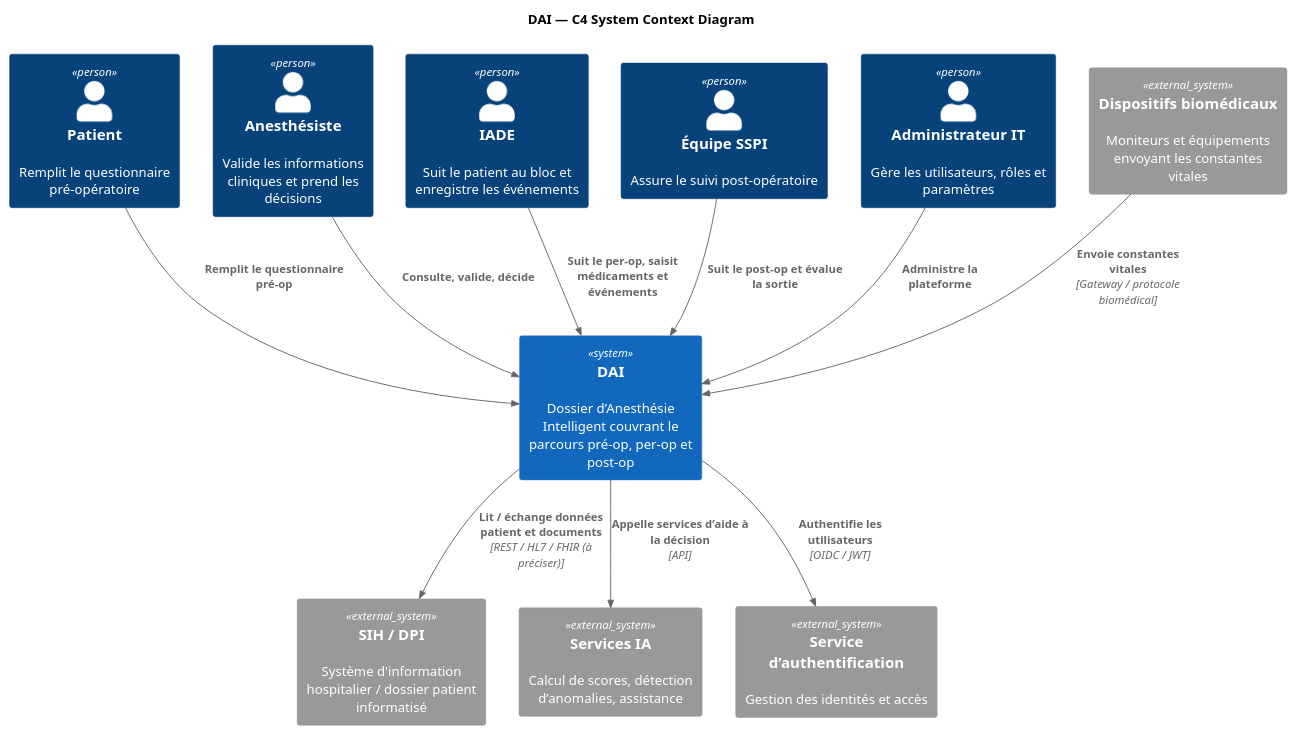
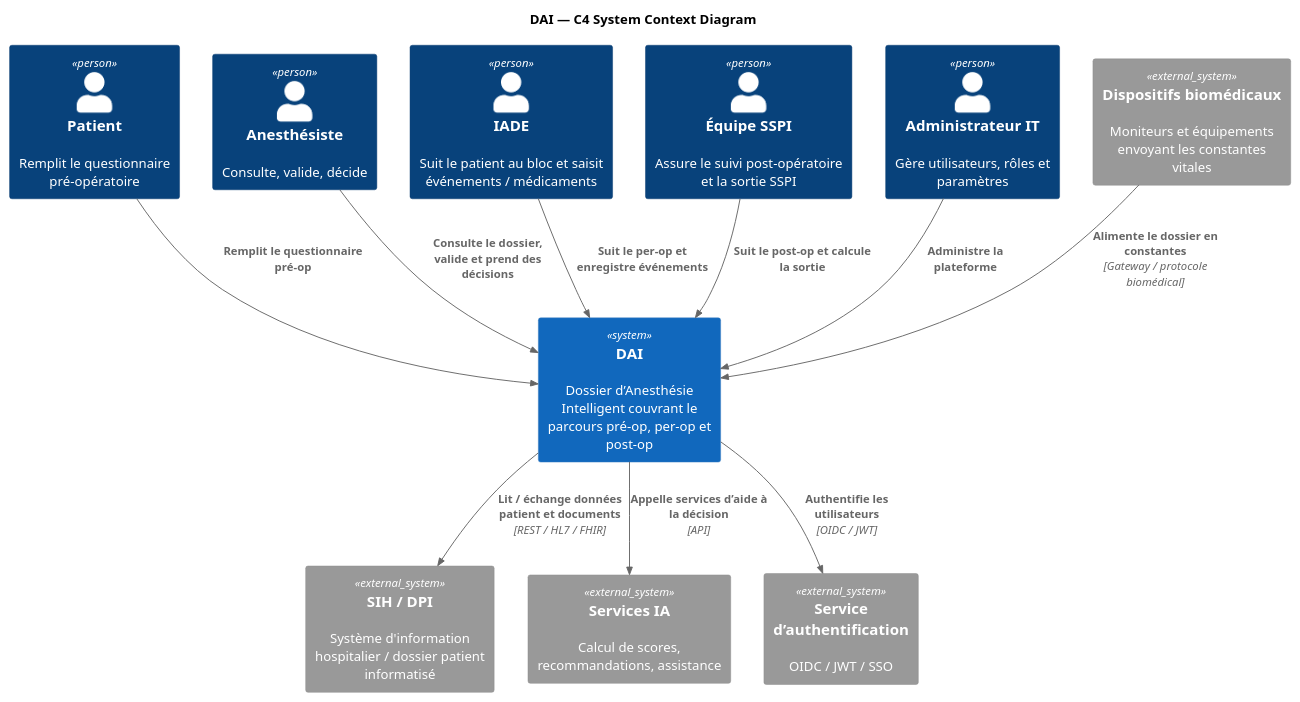
The diagram in diagrams/c4/system-context.puml (yasminebelhajmabrouk-ops/yasmine_DAI), drawn with PlantUML before and after one commit. The commit also changed 3 other files, not shown here.

Commit message:
docs(c4): update backend architecture diagrams and add c4 readme

```diff
--- a/diagrams/c4/system-context.puml
+++ b/diagrams/c4/system-context.puml
@@ -1,30 +1,30 @@
 @startuml
 !include https://raw.githubusercontent.com/plantuml-stdlib/C4-PlantUML/master/C4_Context.puml
 
 title DAI — C4 System Context Diagram
 
 Person(patient, "Patient", "Remplit le questionnaire pré-opératoire")
-Person(anesthesiste, "Anesthésiste", "Valide les informations cliniques et prend les décisions")
-Person(iade, "IADE", "Suit le patient au bloc et enregistre les événements")
-Person(sspi, "Équipe SSPI", "Assure le suivi post-opératoire")
-Person(admin, "Administrateur IT", "Gère les utilisateurs, rôles et paramètres")
+Person(anesthesiste, "Anesthésiste", "Consulte, valide, décide")
+Person(iade, "IADE", "Suit le patient au bloc et saisit événements / médicaments")
+Person(sspi, "Équipe SSPI", "Assure le suivi post-opératoire et la sortie SSPI")
+Person(admin, "Administrateur IT", "Gère utilisateurs, rôles et paramètres")
 
 System(dai, "DAI", "Dossier d’Anesthésie Intelligent couvrant le parcours pré-op, per-op et post-op")
 
 System_Ext(sih, "SIH / DPI", "Système d'information hospitalier / dossier patient informatisé")
 System_Ext(devices, "Dispositifs biomédicaux", "Moniteurs et équipements envoyant les constantes vitales")
-System_Ext(ai, "Services IA", "Calcul de scores, détection d’anomalies, assistance")
-System_Ext(auth, "Service d’authentification", "Gestion des identités et accès")
+System_Ext(ai, "Services IA", "Calcul de scores, recommandations, assistance")
+System_Ext(auth, "Service d’authentification", "OIDC / JWT / SSO")
 
 Rel(patient, dai, "Remplit le questionnaire pré-op")
-Rel(anesthesiste, dai, "Consulte, valide, décide")
-Rel(iade, dai, "Suit le per-op, saisit médicaments et événements")
-Rel(sspi, dai, "Suit le post-op et évalue la sortie")
+Rel(anesthesiste, dai, "Consulte le dossier, valide et prend des décisions")
+Rel(iade, dai, "Suit le per-op et enregistre événements")
+Rel(sspi, dai, "Suit le post-op et calcule la sortie")
 Rel(admin, dai, "Administre la plateforme")
 
-Rel(dai, sih, "Lit / échange données patient et documents", "REST / HL7 / FHIR (à préciser)")
-Rel(devices, dai, "Envoie constantes vitales", "Gateway / protocole biomédical")
+Rel(dai, sih, "Lit / échange données patient et documents", "REST / HL7 / FHIR")
+Rel(devices, dai, "Alimente le dossier en constantes", "Gateway / protocole biomédical")
 Rel(dai, ai, "Appelle services d’aide à la décision", "API")
 Rel(dai, auth, "Authentifie les utilisateurs", "OIDC / JWT")
 
 @enduml
```
